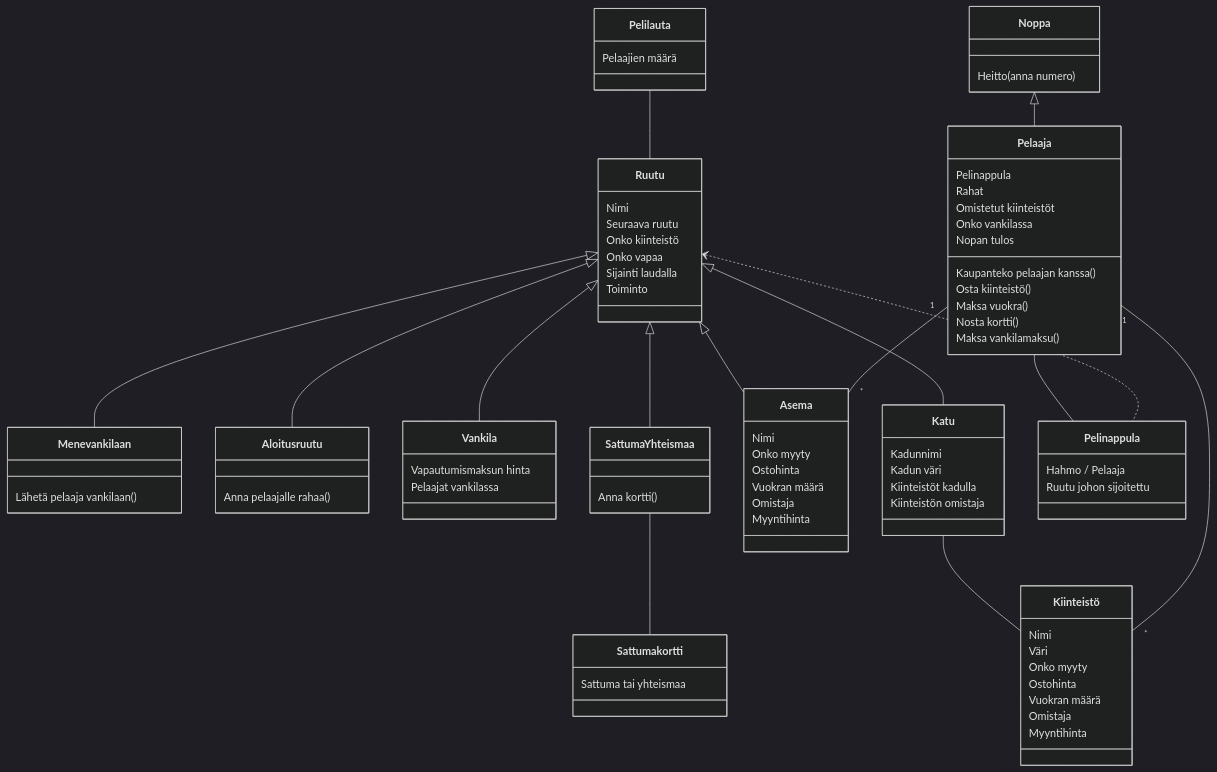
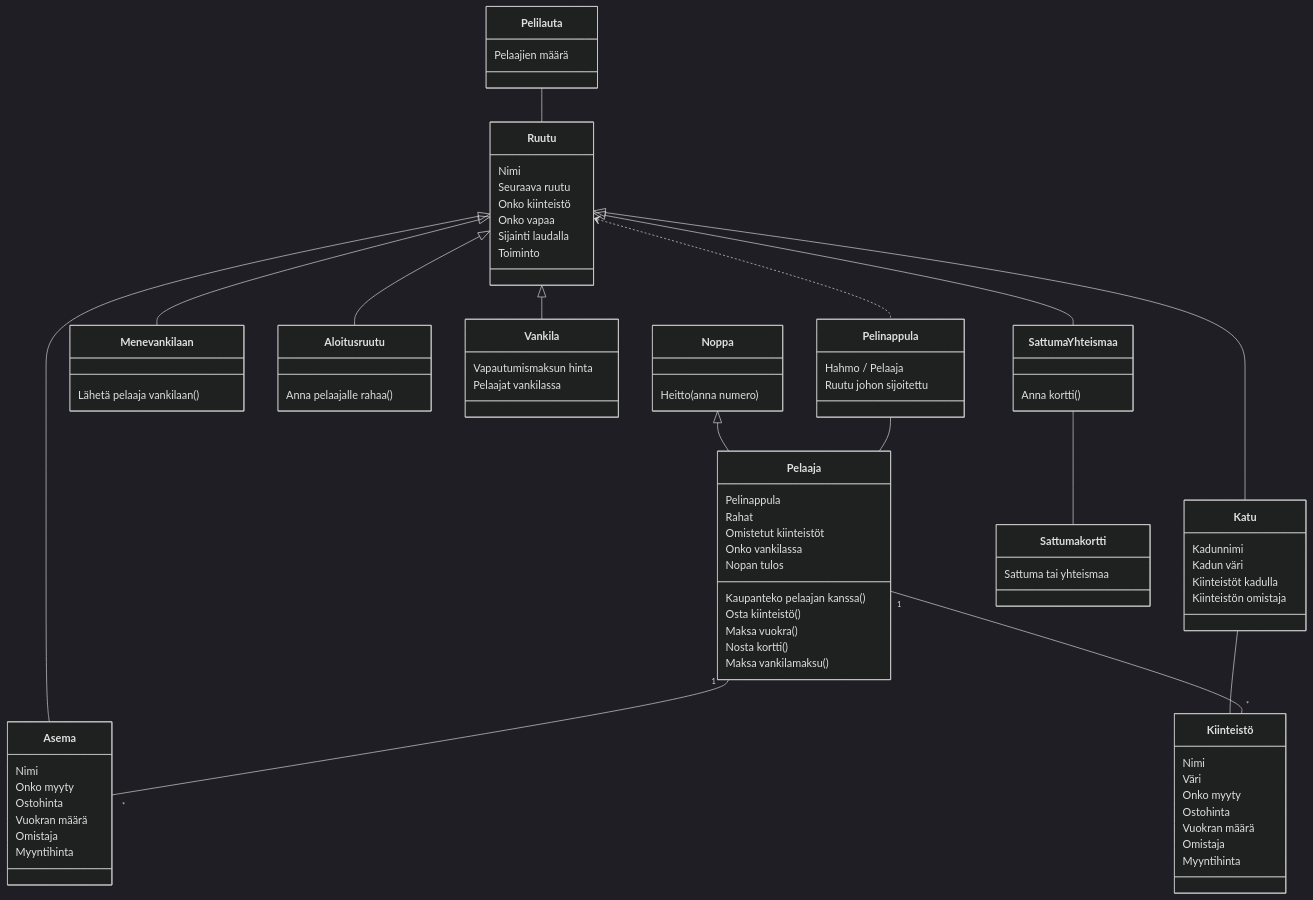
The diagram in laskarit/viikko3/luokkakaavio.md (kodtld/TravelHub), drawn with Mermaid (dark theme) before and after one commit.

```diff
--- a/laskarit/viikko3/luokkakaavio.md
+++ b/laskarit/viikko3/luokkakaavio.md
@@ -12,7 +12,7 @@
       Katu -- Kiinteistö
       Pelaaja "1" -- "*" Kiinteistö
       Pelaaja "1" -- "*" Asema
-      Pelaaja -- Pelinappula
+      Pelinappula -- Pelaaja
       Ruutu <.. Pelinappula
       SattumaYhteismaa -- Sattumakortti 
 
```
